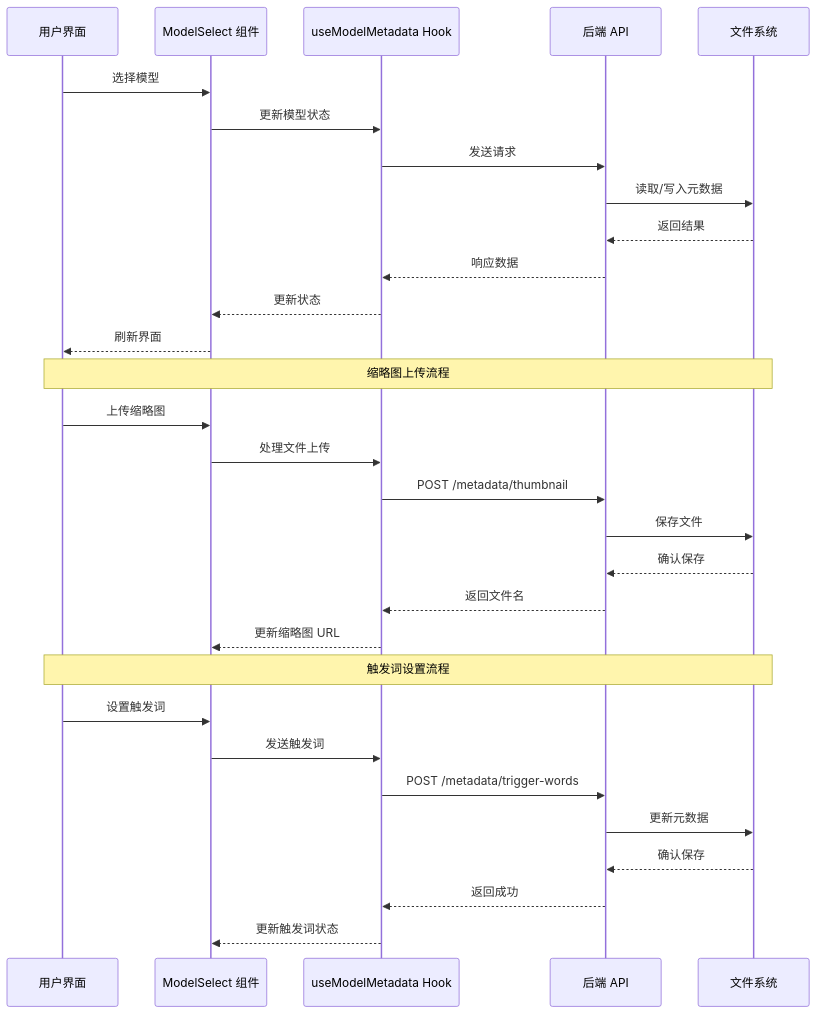
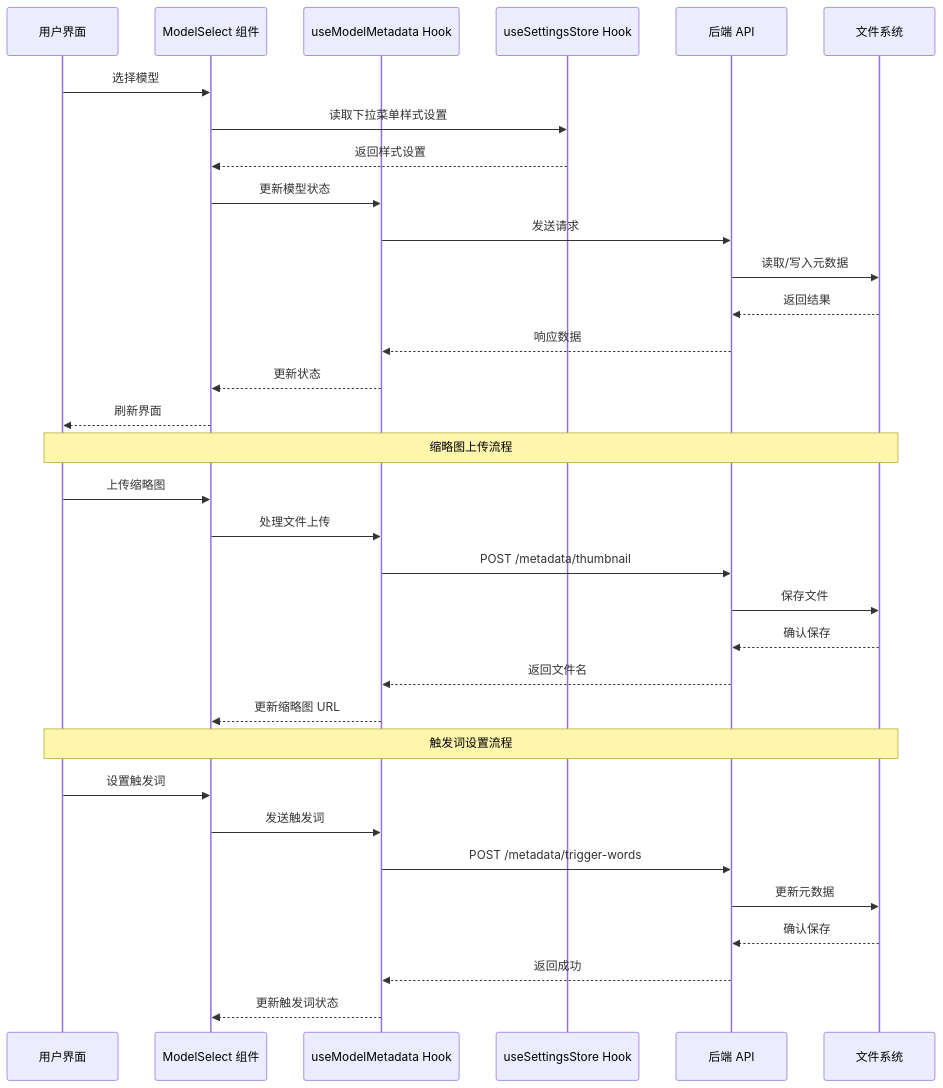
Before and after one commit to billye220670/CorineKit_Pix2Real: the second of 7 diagrams in .qoder/repowiki/zh/content/Model Select Component.md, drawn with Mermaid. The commit also changed other lines of this file and 14 other files, not shown here.

````diff
--- a/.qoder/repowiki/zh/content/Model Select Component.md
+++ b/.qoder/repowiki/zh/content/Model Select Component.md
@@ -142,32 +151,35 @@
 ```mermaid
 sequenceDiagram
 participant U as 用户界面
 participant MS as ModelSelect 组件
 participant UM as useModelMetadata Hook
+participant SS as useSettingsStore Hook
 participant API as 后端 API
 participant FS as 文件系统
 U->>MS : 选择模型
+MS->>SS : 读取下拉菜单样式设置
+SS-->>MS : 返回样式设置
 MS->>UM : 更新模型状态
 UM->>API : 发送请求
 API->>FS : 读取/写入元数据
 FS-->>API : 返回结果
 API-->>UM : 响应数据
 UM-->>MS : 更新状态
 MS-->>U : 刷新界面
 Note over U,FS : 缩略图上传流程
 U->>MS : 上传缩略图
 MS->>UM : 处理文件上传
 UM->>API : POST /metadata/thumbnail
 API->>FS : 保存文件
 FS-->>API : 确认保存
 API-->>UM : 返回文件名
 UM-->>MS : 更新缩略图 URL
 Note over U,FS : 触发词设置流程
 U->>MS : 设置触发词
 MS->>UM : 发送触发词
 UM->>API : POST /metadata/trigger-words
 API->>FS : 更新元数据
 FS-->>API : 确认保存
 API-->>UM : 返回成功
 UM-->>MS : 更新触发词状态
 ```
````
